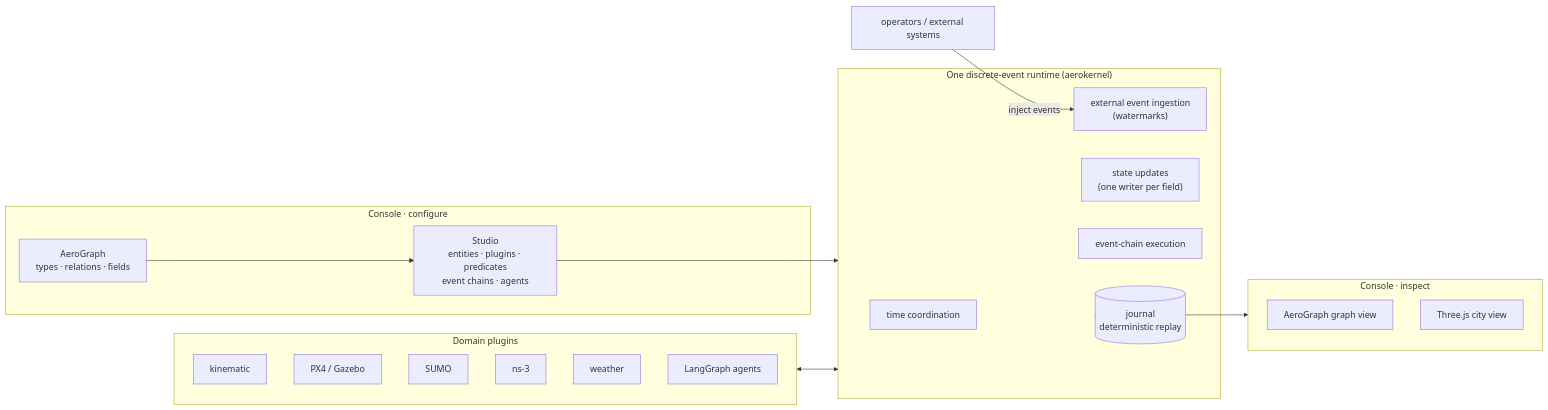
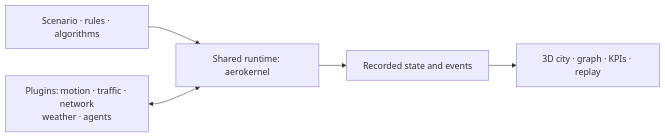
One commit to ZhiweiWei-NAMI/AeroAgentSim changed the diagram in README.md. Above: the diagram before and after it, drawn with Mermaid. The commit also changed other lines of this file and 100 other files, not shown here.

````diff
--- a/README.md
+++ b/README.md
@@ -155,30 +92,7 @@
 ```mermaid
 flowchart LR
-    subgraph Configure["Console · configure"]
-        AG["AeroGraph<br/>types · relations · fields"]
-        ST["Studio<br/>entities · plugins · predicates<br/>event chains · agents"]
-    end
-    subgraph Runtime["One discrete-event runtime (aerokernel)"]
-        T["time coordination"]
-        I["external event ingestion<br/>(watermarks)"]
-        S["state updates<br/>(one writer per field)"]
-        E["event-chain execution"]
-        J[("journal<br/>deterministic replay")]
-    end
-    subgraph Plugins["Domain plugins"]
-        K["kinematic"]
-        PX["PX4 / Gazebo"]
-        SU["SUMO"]
-        NS["ns-3"]
-        W["weather"]
-        LG["LangGraph agents"]
-    end
-    subgraph Views["Console · inspect"]
-        GV["AeroGraph graph view"]
-        V3["Three.js city view"]
-    end
-    AG --> ST --> Runtime
-    Plugins <--> Runtime
-    OP["operators / external systems"] -- inject events --> I
-    Runtime --> J --> Views
+    C["Scenario · rules · algorithms"] --> R["Shared runtime: aerokernel"]
+    P["Plugins: motion · traffic · network<br/>weather · agents"] <--> R
+    R --> J["Recorded state and events"]
+    J --> V["3D city · graph · KPIs · replay"]
 ```
````
